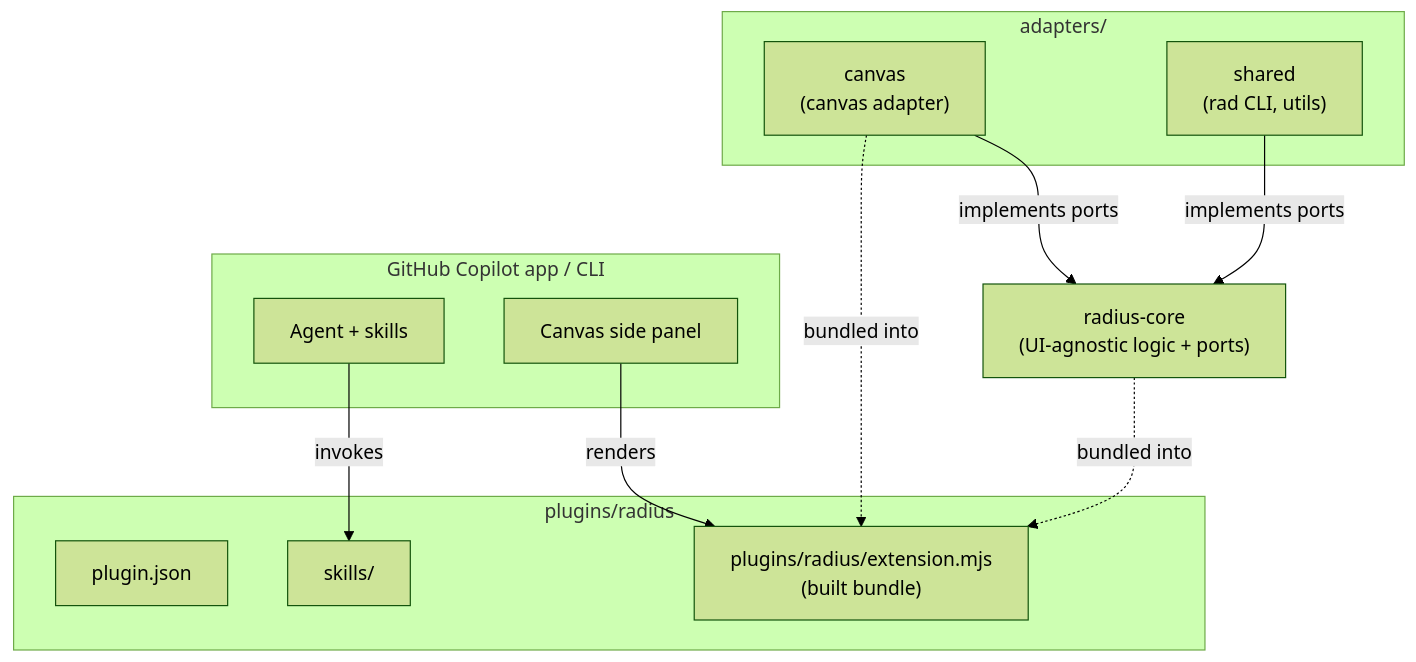
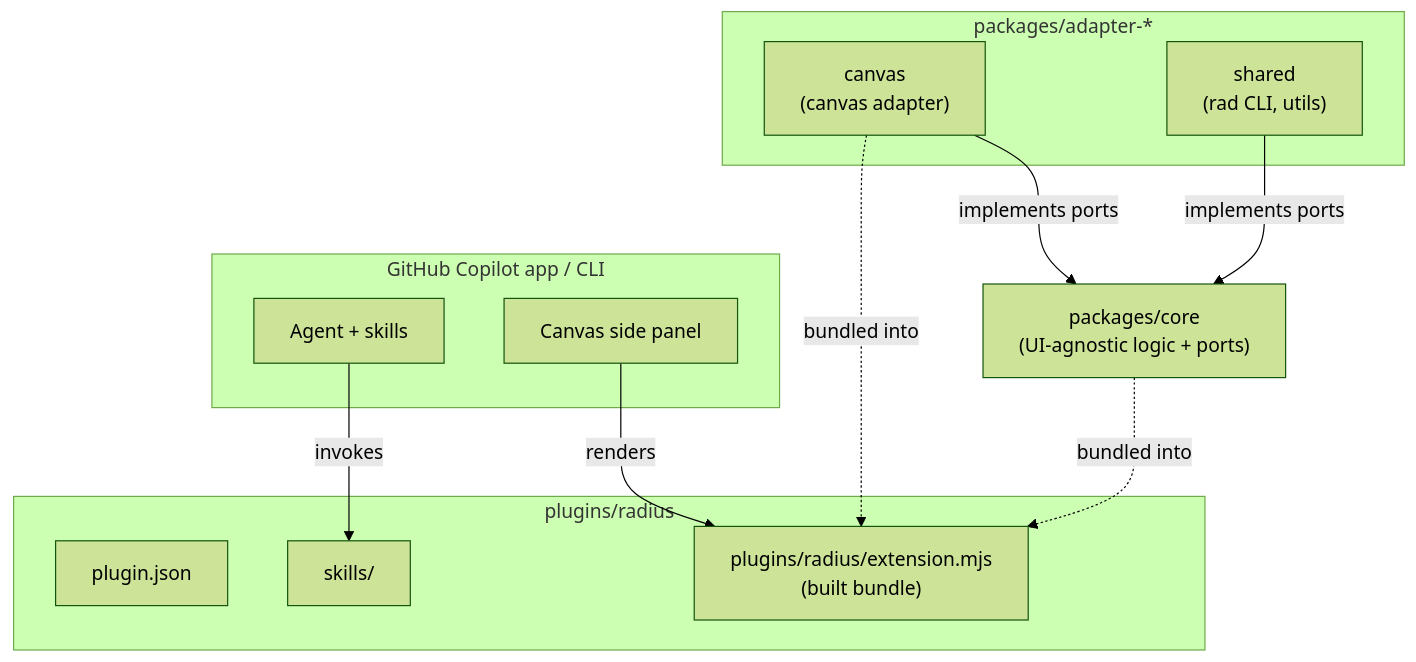
The first of 5 diagrams in .github/skills/radius-architecture-documenter/references/mermaid-patterns.md (radius-project/ai-extensions), drawn with Mermaid (forest theme) before and after one commit. The commit also changed other lines of this file and 34 other files, not shown here.

````diff
--- a/.github/skills/radius-architecture-documenter/references/mermaid-patterns.md
+++ b/.github/skills/radius-architecture-documenter/references/mermaid-patterns.md
@@ -7,27 +7,27 @@
 ```mermaid
 graph TD
     subgraph Copilot["GitHub Copilot app / CLI"]
         Agent["Agent + skills"]
         Panel["Canvas side panel"]
     end
 
     subgraph Plugin["plugins/radius"]
         Manifest["plugin.json"]
         Skills["skills/"]
         Ext["plugins/radius/extension.mjs<br/>(built bundle)"]
     end
 
-    subgraph Adapters["adapters/"]
+    subgraph Adapters["packages/adapter-*"]
         Canvas["canvas<br/>(canvas adapter)"]
         Shared["shared<br/>(rad CLI, utils)"]
     end
 
-    Core["radius-core<br/>(UI-agnostic logic + ports)"]
+    Core["packages/core<br/>(UI-agnostic logic + ports)"]
 
     Agent -->|invokes| Skills
     Panel -->|renders| Ext
     Canvas -->|implements ports| Core
     Shared -->|implements ports| Core
     Canvas -.->|bundled into| Ext
     Core -.->|bundled into| Ext
 ```
````
